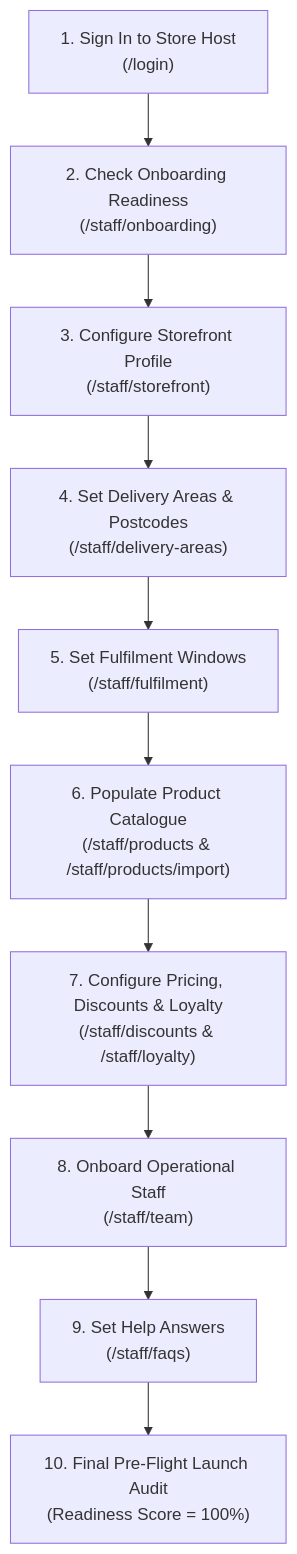
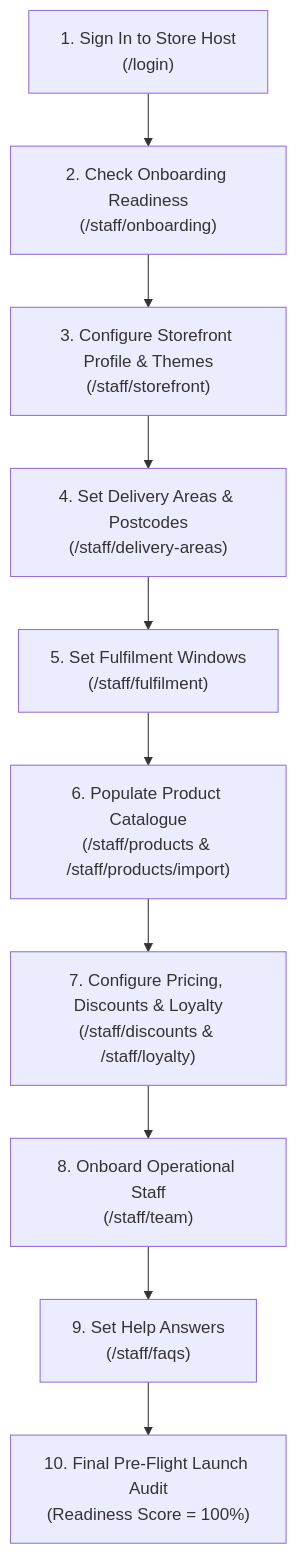
One commit to sriahead/aheed-online-store changed the second of 6 diagrams in docs/client-help-centre/user-journeys.md. Above: the diagram before and after it, drawn with Mermaid. The commit also changed other lines of this file and 17 other files, not shown here.

````diff
--- a/docs/client-help-centre/user-journeys.md
+++ b/docs/client-help-centre/user-journeys.md
@@ -83,12 +81,12 @@
 ```mermaid
 flowchart TD
     VA1["1. Sign In to Store Host<br/>(/login)"] --> VA2["2. Check Onboarding Readiness<br/>(/staff/onboarding)"]
-    VA2 --> VA3["3. Configure Storefront Profile<br/>(/staff/storefront)"]
+    VA2 --> VA3["3. Configure Storefront Profile & Themes<br/>(/staff/storefront)"]
     VA3 --> VA4["4. Set Delivery Areas & Postcodes<br/>(/staff/delivery-areas)"]
     VA4 --> VA5["5. Set Fulfilment Windows<br/>(/staff/fulfilment)"]
     VA5 --> VA6["6. Populate Product Catalogue<br/>(/staff/products & /staff/products/import)"]
     VA6 --> VA7["7. Configure Pricing, Discounts & Loyalty<br/>(/staff/discounts & /staff/loyalty)"]
     VA7 --> VA8["8. Onboard Operational Staff<br/>(/staff/team)"]
     VA8 --> VA9["9. Set Help Answers<br/>(/staff/faqs)"]
     VA9 --> VA10["10. Final Pre-Flight Launch Audit<br/>(Readiness Score = 100%)"]
 ```
````
